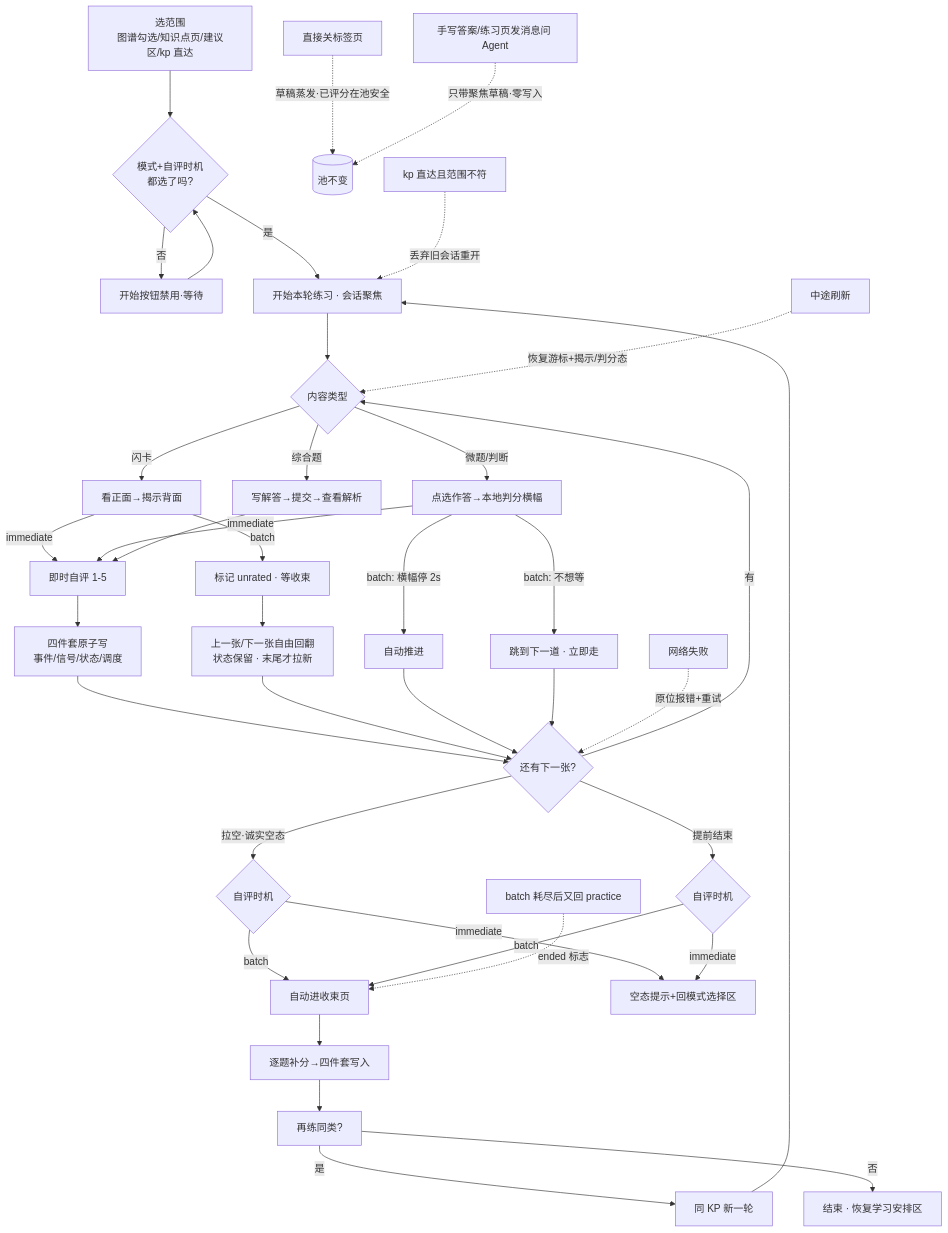
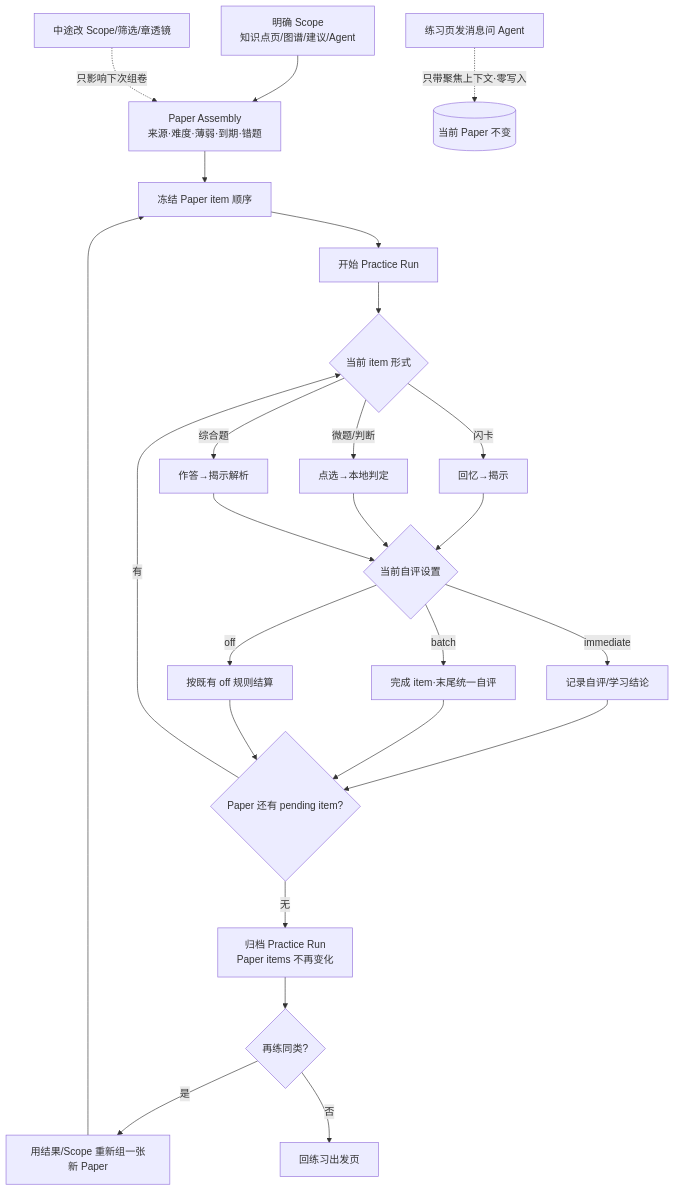
Before and after one commit to Amazinnn/Lesson-Kit: the first of 10 diagrams in docs/action-graph/L4-workflows.md, drawn with Mermaid. The commit also changed other lines of this file and 6 other files, not shown here.

Commit message:
docs: reconcile practice docs with Paper model

````diff
--- a/docs/action-graph/L4-workflows.md
+++ b/docs/action-graph/L4-workflows.md
@@ -8,37 +8,22 @@
 ```mermaid
 flowchart TD
-  A[选范围<br/>图谱勾选/知识点页/建议区/kp 直达] --> B{模式+自评时机<br/>都选了吗?}
-  B -- 否 --> B1[开始按钮禁用·等待] --> B
-  B -- 是 --> C[开始本轮练习 · 会话聚焦]
-  C --> D{内容类型}
-  D -- 闪卡 --> E[看正面→揭示背面]
-  D -- 微题/判断 --> F[点选作答→本地判分横幅]
-  D -- 综合题 --> G[写解答→提交→查看解析]
-  E -- immediate --> H[即时自评 1-5]
-  E -- batch --> I[标记 unrated · 等收束]
-  F -- batch: 横幅停 2s --> J[自动推进]
-  F -- batch: 不想等 --> K[跳到下一道 · 立即走]
-  F -- immediate --> H
-  G --> H
-  H --> L[四件套原子写<br/>事件/信号/状态/调度] --> M{还有下一张?}
-  I --> N[上一张/下一张自由回翻<br/>状态保留 · 末尾才拉新]
-  N --> M
-  J --> M
-  K --> M
-  M -- 有 --> D
-  M -- 拉空·诚实空态 --> O{自评时机}
-  O -- batch --> P[自动进收束页]
-  O -- immediate --> Q[空态提示+回模式选择区]
-  M -- 提前结束 --> O2{自评时机}
-  O2 -- batch --> P
-  O2 -- immediate --> Q
-  P --> R[逐题补分→四件套写入] --> S[再练同类?]
-  S -- 是 --> C2[同 KP 新一轮] --> C
-  S -- 否 --> T[结束 · 恢复学习安排区]
-  X1[中途刷新] -.恢复游标+揭示/判分态.-> D
-  X2[直接关标签页] -.草稿蒸发·已评分在池安全.-> Z[(池不变)]
-  X3[batch 耗尽后又回 practice] -.ended 标志.-> P
-  X4[网络失败] -.原位报错+重试.-> M
-  X5[kp 直达且范围不符] -.丢弃旧会话重开.-> C
-  X6[手写答案/练习页发消息问 Agent] -.只带聚焦草稿·零写入.-> Z
+  A[明确 Scope<br/>知识点页/图谱/建议/Agent] --> B[Paper Assembly<br/>来源·难度·薄弱·到期·错题]
+  B --> C[冻结 Paper item 顺序]
+  C --> D[开始 Practice Run]
+  D --> E{当前 item 形式}
+  E -- 闪卡 --> F[回忆→揭示]
+  E -- 微题/判断 --> G[点选→本地判定]
+  E -- 综合题 --> H[作答→揭示解析]
+  F & G & H --> I{当前自评设置}
+  I -- immediate --> J[记录自评/学习结论]
+  I -- batch --> K[完成 item·末尾统一自评]
+  I -- off --> L[按既有 off 规则结算]
+  J & K & L --> M{Paper 还有 pending item?}
+  M -- 有 --> E
+  M -- 无 --> N[归档 Practice Run<br/>Paper items 不再变化]
+  N --> O{再练同类?}
+  O -- 是 --> B2[用结果/Scope 重新组一张新 Paper] --> C
+  O -- 否 --> P[回练习出发页]
+  X1[中途改 Scope/筛选/章透镜] -.只影响下次组卷.-> B
+  X2[练习页发消息问 Agent] -.只带聚焦上下文·零写入.-> Z[(当前 Paper 不变)]
 ```
````
